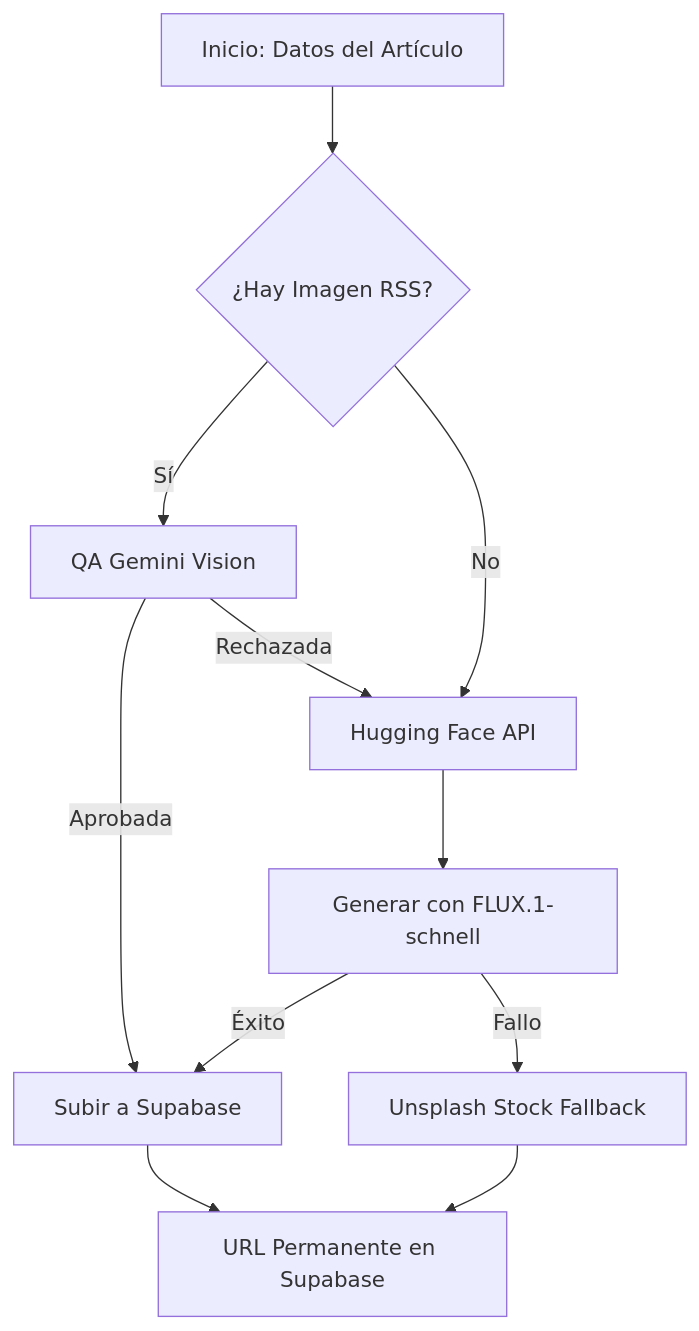
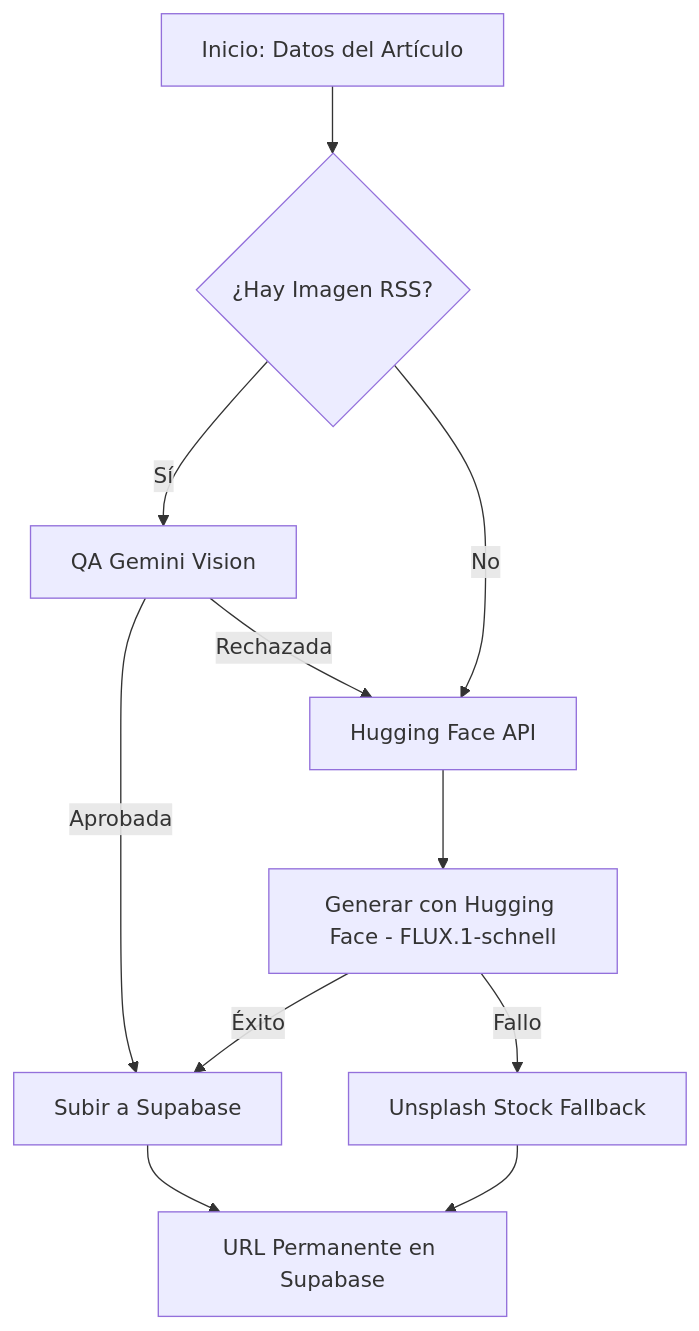
One commit to CarlosEmerito/EmeDotEme changed the second of 2 diagrams in docs/04 - Flujos de Trabajo.md. Above: the diagram before and after it, drawn with Mermaid. The commit also changed other lines of this file and 28 other files, not shown here.

````diff
--- a/docs/04 - Flujos de Trabajo.md
+++ b/docs/04 - Flujos de Trabajo.md
@@ -67,13 +56,13 @@
 ```mermaid
 graph TD
     A[Inicio: Datos del Artículo] --> B{¿Hay Imagen RSS?}
     B -- Sí --> E[QA Gemini Vision]
     B -- No --> D[Hugging Face API]
     E -- Aprobada --> F[Subir a Supabase]
     E -- Rechazada --> D
-    D --> I[Generar con FLUX.1-schnell]
+    D --> I[Generar con Hugging Face - FLUX.1-schnell]
     I -- Éxito --> F
     I -- Fallo --> K[Unsplash Stock Fallback]
     K --> L[Imagen Final]
     F --> L[URL Permanente en Supabase]
 ```
````
